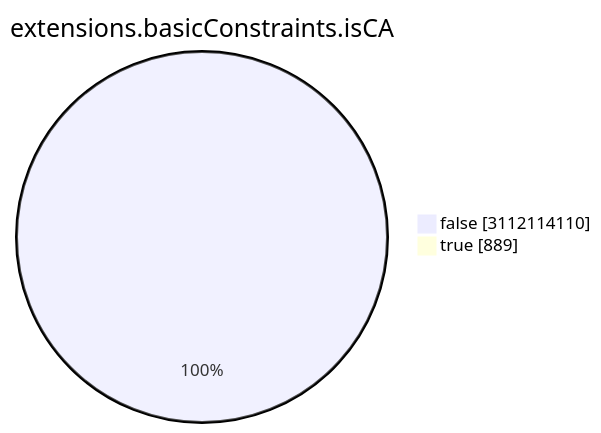
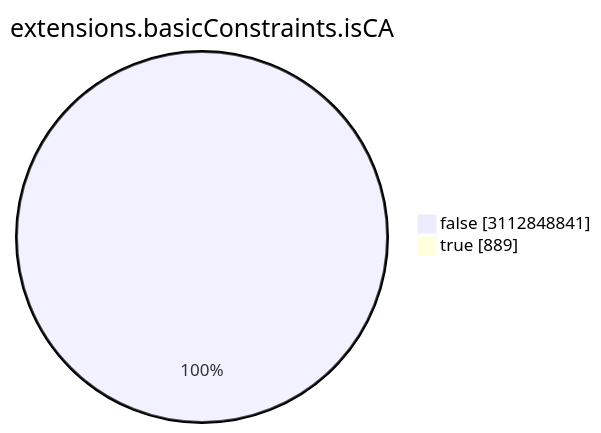
One commit to christiankrug/ctmonitor_visualization changed the seventh of 15 diagrams in TOTAL/README.md. Above: the diagram before and after it, drawn with Mermaid. The commit also changed other lines of this file, not shown here.

````diff
--- a/TOTAL/README.md
+++ b/TOTAL/README.md
@@ -3086,6 +3086,6 @@
 ```mermaid
 pie showData
 title extensions.basicConstraints.isCA
-"false" :3112114110
+"false" :3112848841
 "true" :889
 ```
````
